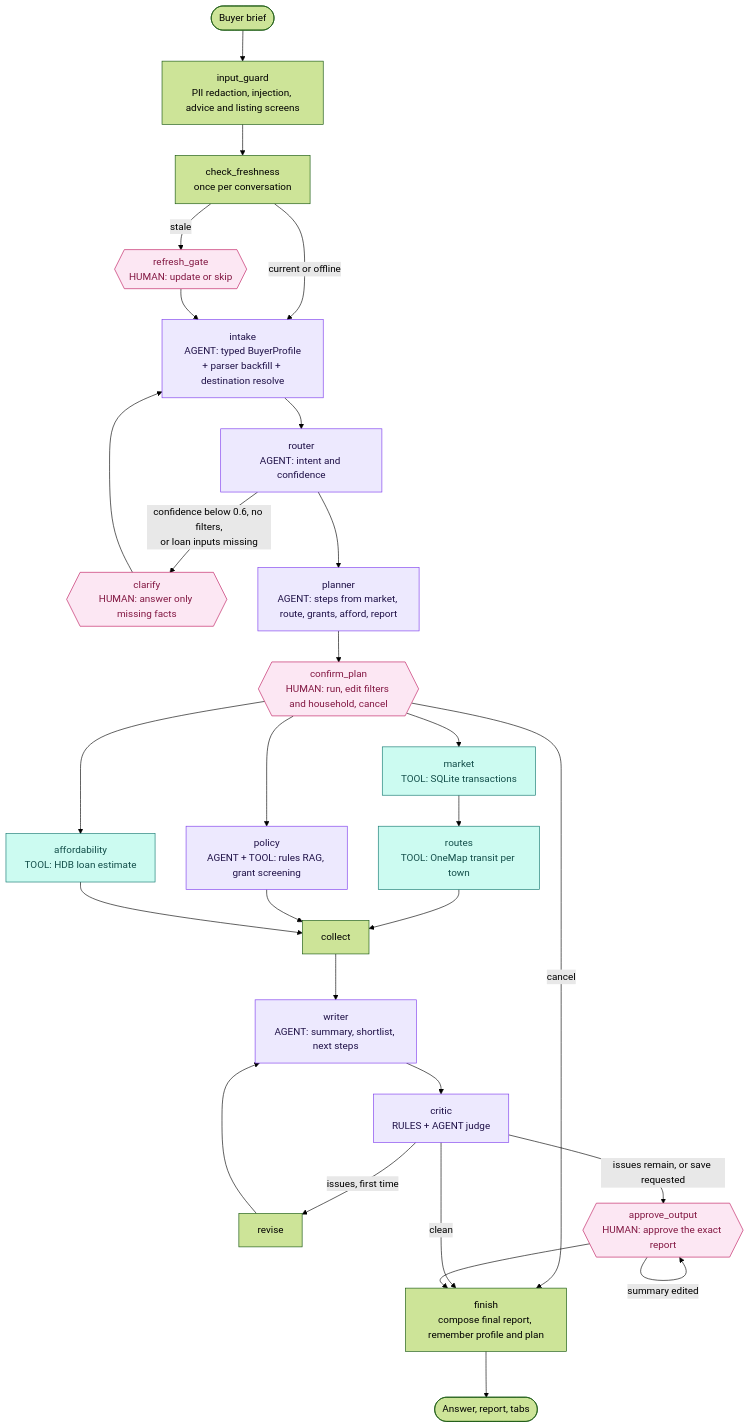
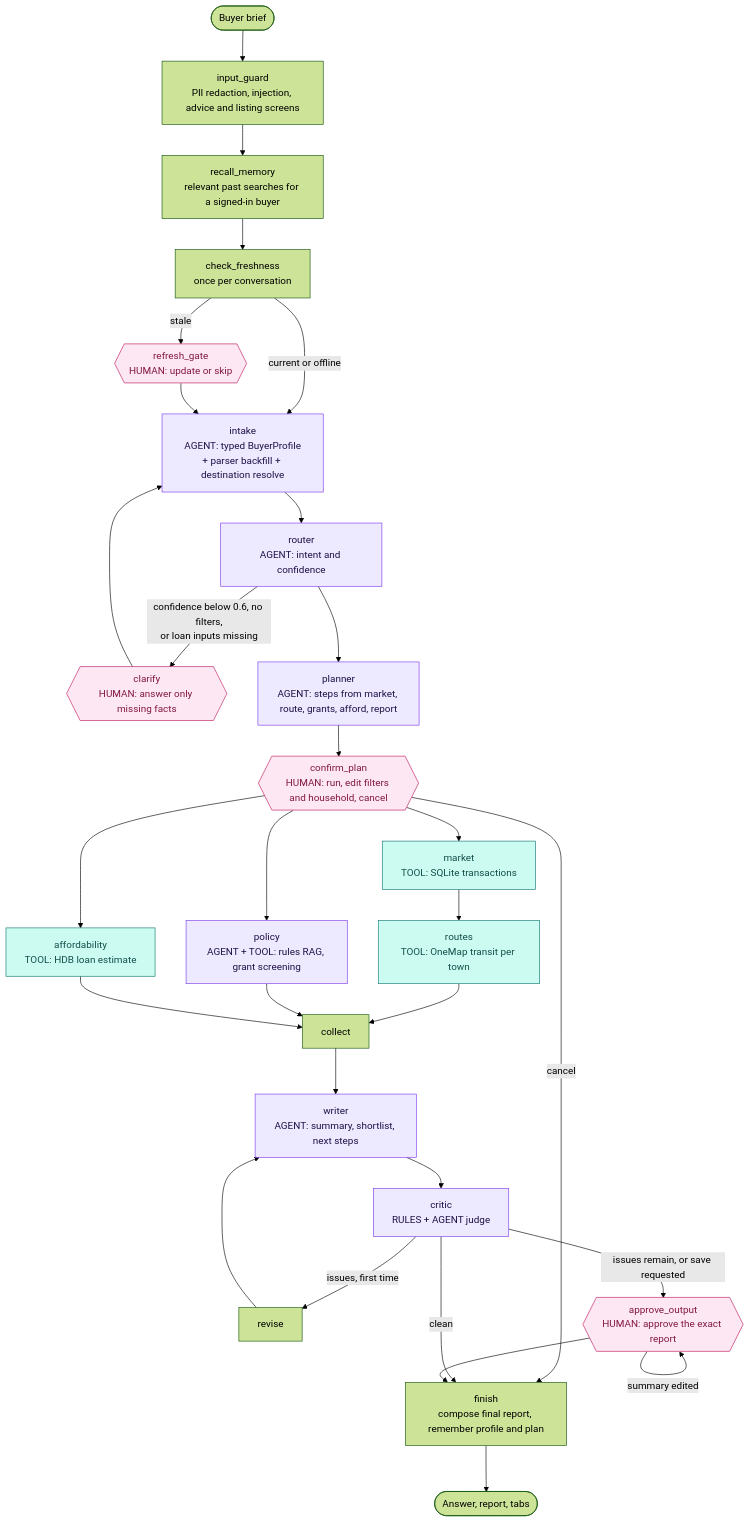
The diagram in docs/AGENT_ARCHITECTURE.md (skyseen/CA6123_GROUP16_PROJECT), drawn with Mermaid (forest theme) before and after one commit. The commit also changed other lines of this file and 9 other files, not shown here.

````diff
--- a/docs/AGENT_ARCHITECTURE.md
+++ b/docs/AGENT_ARCHITECTURE.md
@@ -25,37 +25,38 @@
 ```mermaid
 flowchart TD
     START([Buyer brief]) --> input_guard[input_guard<br/>PII redaction, injection, advice and listing screens]
-    input_guard --> check_freshness[check_freshness<br/>once per conversation]
+    input_guard --> recall_memory[recall_memory<br/>relevant past searches for a signed-in buyer]
+    recall_memory --> check_freshness[check_freshness<br/>once per conversation]
     check_freshness -->|stale| refresh_gate{{refresh_gate<br/>HUMAN: update or skip}}
     check_freshness -->|current or offline| intake
     refresh_gate --> intake[intake<br/>AGENT: typed BuyerProfile<br/>+ parser backfill + destination resolve]
     intake --> router[router<br/>AGENT: intent and confidence]
     router -->|confidence below 0.6, no filters,<br/>or loan inputs missing| clarify{{clarify<br/>HUMAN: answer only missing facts}}
     clarify --> intake
     router --> planner[planner<br/>AGENT: steps from market, route, grants, afford, report]
     planner --> confirm_plan{{confirm_plan<br/>HUMAN: run, edit filters and household, cancel}}
     confirm_plan -->|cancel| finish
     confirm_plan --> market[market<br/>TOOL: SQLite transactions]
     confirm_plan --> policy[policy<br/>AGENT + TOOL: rules RAG, grant screening]
     confirm_plan --> affordability[affordability<br/>TOOL: HDB loan estimate]
     market --> routes[routes<br/>TOOL: OneMap transit per town]
     routes --> collect[collect]
     policy --> collect
     affordability --> collect
     collect --> writer[writer<br/>AGENT: summary, shortlist, next steps]
     writer --> critic[critic<br/>RULES + AGENT judge]
     critic -->|issues, first time| revise[revise] --> writer
     critic -->|issues remain, or save requested| approve_output{{approve_output<br/>HUMAN: approve the exact report}}
     critic -->|clean| finish
     approve_output -->|summary edited| approve_output
     approve_output --> finish[finish<br/>compose final report, remember profile and plan]
     finish --> END([Answer, report, tabs])
 
     classDef agent fill:#EDE9FE,stroke:#7C3AED,color:#1F1147
     classDef tool fill:#CCFBF1,stroke:#0F766E,color:#134E4A
     classDef human fill:#FCE7F3,stroke:#BE185D,color:#831843
     class intake,router,planner,writer,critic agent
     class market,routes,affordability tool
     class policy agent
     class refresh_gate,clarify,confirm_plan,approve_output human
 ```
````
